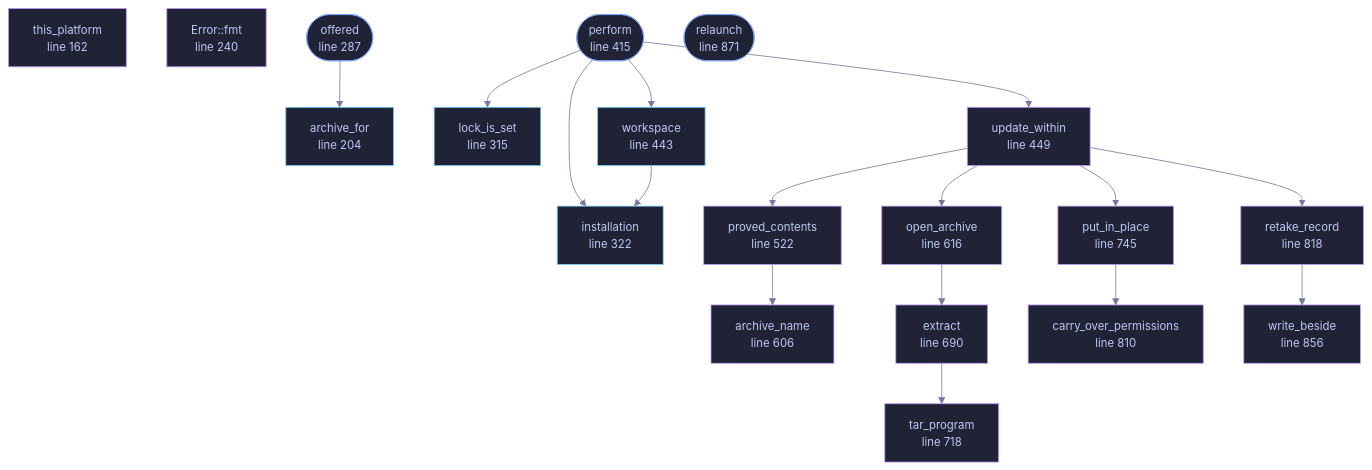
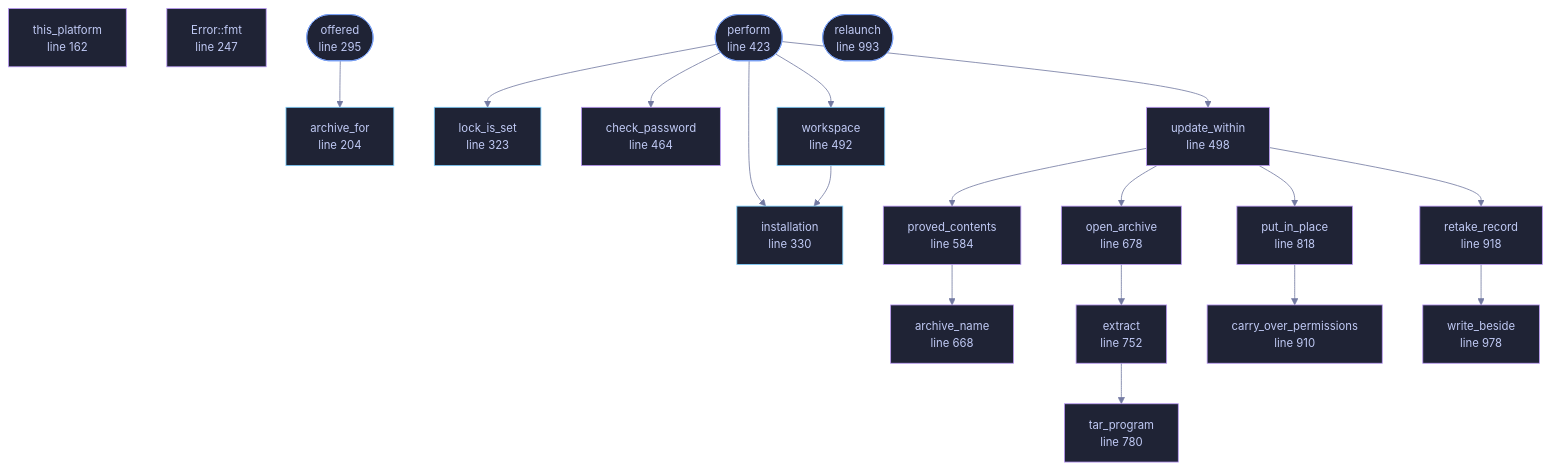
Before and after one commit to tilas01/veilvoice: the diagram in docs/files/veilvoice-verify/update.md, drawn with Mermaid. The commit also changed other lines of this file and 39 other files, not shown here.

````diff
--- a/docs/files/veilvoice-verify/update.md
+++ b/docs/files/veilvoice-verify/update.md
@@ -182,65 +182,68 @@
 ```mermaid
 %%{init: {"theme":"base","themeVariables":{"background":"#1a1b26","primaryColor":"#1f2335","primaryTextColor":"#c0caf5","primaryBorderColor":"#7aa2f7","secondaryColor":"#16161e","tertiaryColor":"#16161e","lineColor":"#737aa2","textColor":"#c0caf5","mainBkg":"#1f2335","nodeBorder":"#7aa2f7","clusterBkg":"#16161e","clusterBorder":"#2f3549","fontFamily":"ui-monospace, SFMono-Regular, Consolas, monospace","fontSize":"14px"}}}%%
 flowchart TD
     n_this_platform["this_platform<br/>line 162"]
     n_archive_for["archive_for<br/>line 204"]
-    n_fmt["Error::fmt<br/>line 240"]
-    n_offered(["offered<br/>line 287"])
-    n_lock_is_set["lock_is_set<br/>line 315"]
-    n_installation["installation<br/>line 322"]
-    n_perform(["perform<br/>line 415"])
-    n_workspace["workspace<br/>line 443"]
-    n_update_within["update_within<br/>line 449"]
-    n_proved_contents["proved_contents<br/>line 522"]
-    n_archive_name["archive_name<br/>line 606"]
-    n_open_archive["open_archive<br/>line 616"]
-    n_extract["extract<br/>line 690"]
-    n_tar_program["tar_program<br/>line 718"]
-    n_put_in_place["put_in_place<br/>line 745"]
-    n_carry_over_permissions["carry_over_permissions<br/>line 800"]
-    n_carry_over_permissions["carry_over_permissions<br/>line 810"]
-    n_retake_record["retake_record<br/>line 818"]
-    n_write_beside["write_beside<br/>line 856"]
-    n_relaunch(["relaunch<br/>line 871"])
+    n_fmt["Error::fmt<br/>line 247"]
+    n_offered(["offered<br/>line 295"])
+    n_lock_is_set["lock_is_set<br/>line 323"]
+    n_installation["installation<br/>line 330"]
+    n_perform(["perform<br/>line 423"])
+    n_check_password["check_password<br/>line 464"]
+    n_workspace["workspace<br/>line 492"]
+    n_update_within["update_within<br/>line 498"]
+    n_proved_contents["proved_contents<br/>line 584"]
+    n_archive_name["archive_name<br/>line 668"]
+    n_open_archive["open_archive<br/>line 678"]
+    n_extract["extract<br/>line 752"]
+    n_tar_program["tar_program<br/>line 780"]
+    n_put_in_place["put_in_place<br/>line 818"]
+    n_carry_over_permissions["carry_over_permissions<br/>line 900"]
+    n_carry_over_permissions["carry_over_permissions<br/>line 910"]
+    n_retake_record["retake_record<br/>line 918"]
+    n_write_beside["write_beside<br/>line 978"]
+    n_relaunch(["relaunch<br/>line 993"])
     n_extract --> n_tar_program
     n_offered --> n_archive_for
     n_open_archive --> n_extract
+    n_perform --> n_check_password
     n_perform --> n_installation
     n_perform --> n_lock_is_set
     n_perform --> n_update_within
     n_perform --> n_workspace
     n_proved_contents --> n_archive_name
     n_put_in_place --> n_carry_over_permissions
     n_retake_record --> n_write_beside
     n_update_within --> n_open_archive
     n_update_within --> n_proved_contents
     n_update_within --> n_put_in_place
     n_update_within --> n_retake_record
     n_workspace --> n_installation
     click n_this_platform href "https://github.com/tilas01/veilvoice/blob/main/crates/veilvoice-verify/src/update.rs#L162" "open the source"
     click n_archive_for href "https://github.com/tilas01/veilvoice/blob/main/crates/veilvoice-verify/src/update.rs#L204" "open the source"
-    click n_fmt href "https://github.com/tilas01/veilvoice/blob/main/crates/veilvoice-verify/src/update.rs#L240" "open the source"
-    click n_offered href "https://github.com/tilas01/veilvoice/blob/main/crates/veilvoice-verify/src/update.rs#L287" "open the source"
-    click n_lock_is_set href "https://github.com/tilas01/veilvoice/blob/main/crates/veilvoice-verify/src/update.rs#L315" "open the source"
-    click n_installation href "https://github.com/tilas01/veilvoice/blob/main/crates/veilvoice-verify/src/update.rs#L322" "open the source"
-    click n_perform href "https://github.com/tilas01/veilvoice/blob/main/crates/veilvoice-verify/src/update.rs#L415" "open the source"
-    click n_workspace href "https://github.com/tilas01/veilvoice/blob/main/crates/veilvoice-verify/src/update.rs#L443" "open the source"
-    click n_update_within href "https://github.com/tilas01/veilvoice/blob/main/crates/veilvoice-verify/src/update.rs#L449" "open the source"
-    click n_proved_contents href "https://github.com/tilas01/veilvoice/blob/main/crates/veilvoice-verify/src/update.rs#L522" "open the source"
-    click n_archive_name href "https://github.com/tilas01/veilvoice/blob/main/crates/veilvoice-verify/src/update.rs#L606" "open the source"
-    click n_open_archive href "https://github.com/tilas01/veilvoice/blob/main/crates/veilvoice-verify/src/update.rs#L616" "open the source"
-    click n_extract href "https://github.com/tilas01/veilvoice/blob/main/crates/veilvoice-verify/src/update.rs#L690" "open the source"
-    click n_tar_program href "https://github.com/tilas01/veilvoice/blob/main/crates/veilvoice-verify/src/update.rs#L718" "open the source"
-    click n_put_in_place href "https://github.com/tilas01/veilvoice/blob/main/crates/veilvoice-verify/src/update.rs#L745" "open the source"
-    click n_carry_over_permissions href "https://github.com/tilas01/veilvoice/blob/main/crates/veilvoice-verify/src/update.rs#L800" "open the source"
-    click n_carry_over_permissions href "https://github.com/tilas01/veilvoice/blob/main/crates/veilvoice-verify/src/update.rs#L810" "open the source"
-    click n_retake_record href "https://github.com/tilas01/veilvoice/blob/main/crates/veilvoice-verify/src/update.rs#L818" "open the source"
-    click n_write_beside href "https://github.com/tilas01/veilvoice/blob/main/crates/veilvoice-verify/src/update.rs#L856" "open the source"
-    click n_relaunch href "https://github.com/tilas01/veilvoice/blob/main/crates/veilvoice-verify/src/update.rs#L871" "open the source"
+    click n_fmt href "https://github.com/tilas01/veilvoice/blob/main/crates/veilvoice-verify/src/update.rs#L247" "open the source"
+    click n_offered href "https://github.com/tilas01/veilvoice/blob/main/crates/veilvoice-verify/src/update.rs#L295" "open the source"
+    click n_lock_is_set href "https://github.com/tilas01/veilvoice/blob/main/crates/veilvoice-verify/src/update.rs#L323" "open the source"
+    click n_installation href "https://github.com/tilas01/veilvoice/blob/main/crates/veilvoice-verify/src/update.rs#L330" "open the source"
+    click n_perform href "https://github.com/tilas01/veilvoice/blob/main/crates/veilvoice-verify/src/update.rs#L423" "open the source"
+    click n_check_password href "https://github.com/tilas01/veilvoice/blob/main/crates/veilvoice-verify/src/update.rs#L464" "open the source"
+    click n_workspace href "https://github.com/tilas01/veilvoice/blob/main/crates/veilvoice-verify/src/update.rs#L492" "open the source"
+    click n_update_within href "https://github.com/tilas01/veilvoice/blob/main/crates/veilvoice-verify/src/update.rs#L498" "open the source"
+    click n_proved_contents href "https://github.com/tilas01/veilvoice/blob/main/crates/veilvoice-verify/src/update.rs#L584" "open the source"
+    click n_archive_name href "https://github.com/tilas01/veilvoice/blob/main/crates/veilvoice-verify/src/update.rs#L668" "open the source"
+    click n_open_archive href "https://github.com/tilas01/veilvoice/blob/main/crates/veilvoice-verify/src/update.rs#L678" "open the source"
+    click n_extract href "https://github.com/tilas01/veilvoice/blob/main/crates/veilvoice-verify/src/update.rs#L752" "open the source"
+    click n_tar_program href "https://github.com/tilas01/veilvoice/blob/main/crates/veilvoice-verify/src/update.rs#L780" "open the source"
+    click n_put_in_place href "https://github.com/tilas01/veilvoice/blob/main/crates/veilvoice-verify/src/update.rs#L818" "open the source"
+    click n_carry_over_permissions href "https://github.com/tilas01/veilvoice/blob/main/crates/veilvoice-verify/src/update.rs#L900" "open the source"
+    click n_carry_over_permissions href "https://github.com/tilas01/veilvoice/blob/main/crates/veilvoice-verify/src/update.rs#L910" "open the source"
+    click n_retake_record href "https://github.com/tilas01/veilvoice/blob/main/crates/veilvoice-verify/src/update.rs#L918" "open the source"
+    click n_write_beside href "https://github.com/tilas01/veilvoice/blob/main/crates/veilvoice-verify/src/update.rs#L978" "open the source"
+    click n_relaunch href "https://github.com/tilas01/veilvoice/blob/main/crates/veilvoice-verify/src/update.rs#L993" "open the source"
     classDef entry fill:#1f2335,stroke:#7aa2f7,color:#c0caf5
     class n_offered,n_perform,n_relaunch entry
     classDef api fill:#1f2335,stroke:#7dcfff,color:#c0caf5
     class n_archive_for,n_lock_is_set,n_installation,n_workspace api
     classDef helper fill:#1f2335,stroke:#bb9af7,color:#c0caf5
-    class n_this_platform,n_fmt,n_update_within,n_proved_contents,n_archive_name,n_open_archive,n_extract,n_tar_program,n_put_in_place,n_carry_over_permissions,n_carry_over_permissions,n_retake_record,n_write_beside helper
+    class n_this_platform,n_fmt,n_check_password,n_update_within,n_proved_contents,n_archive_name,n_open_archive,n_extract,n_tar_program,n_put_in_place,n_carry_over_permissions,n_carry_over_permissions,n_retake_record,n_write_beside helper
 ```
````
